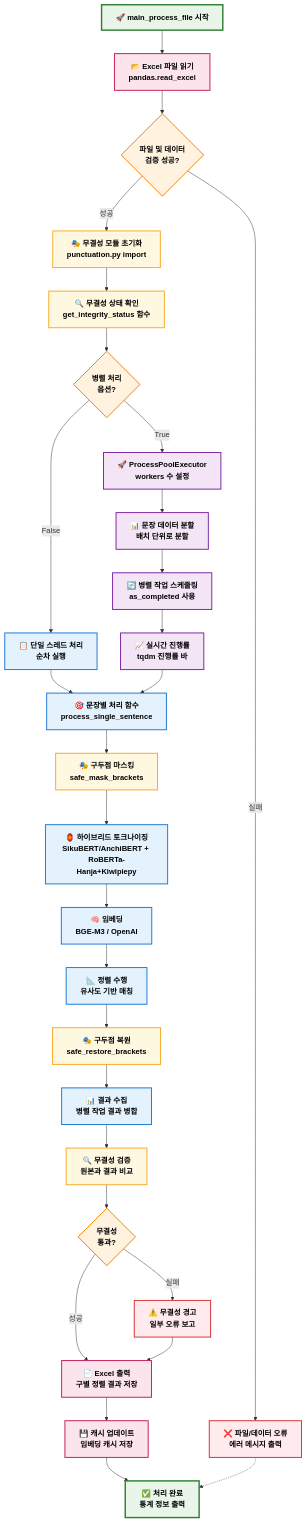
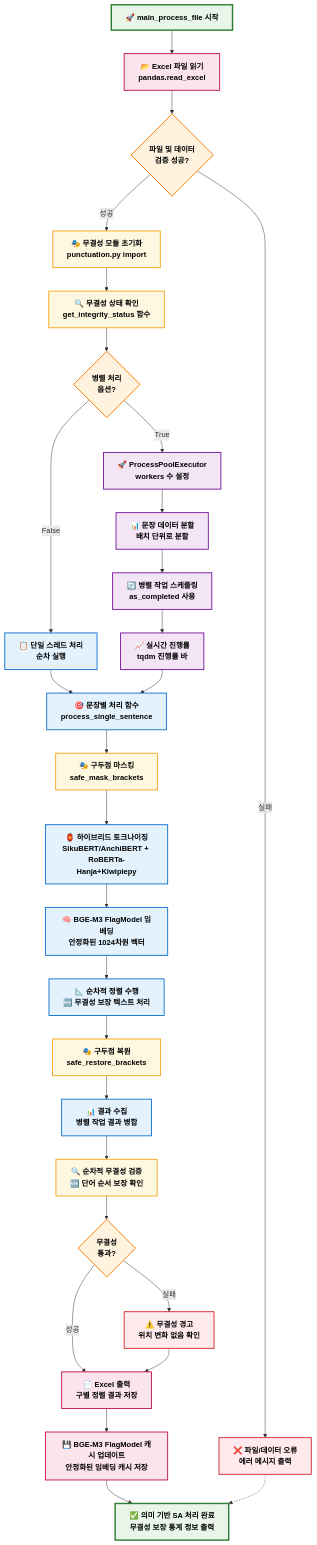
The third of 8 diagrams in etc/SA_디렉토리_플로우차트.md (hw725/CSP), drawn with Mermaid before and after one commit. The commit also changed other lines of this file and 439 other files, not shown here.

````diff
--- a/etc/SA_디렉토리_플로우차트.md
+++ b/etc/SA_디렉토리_플로우차트.md
@@ -152,81 +153,81 @@
 ```mermaid
 flowchart TD
     %% 스타일 정의
     classDef startEnd fill:#e8f5e8,stroke:#2e7d32,stroke-width:3px,color:#000,font-weight:bold
     classDef process fill:#e3f2fd,stroke:#1976d2,stroke-width:2px,color:#000,font-weight:bold
     classDef decision fill:#fff3e0,stroke:#f57c00,stroke-width:2px,color:#000,font-weight:bold
     classDef parallel fill:#f3e5f5,stroke:#7b1fa2,stroke-width:2px,color:#000,font-weight:bold
     classDef integrity fill:#fff8e1,stroke:#f9a825,stroke-width:2px,color:#000,font-weight:bold
     classDef data fill:#fce4ec,stroke:#c2185b,stroke-width:2px,color:#000,font-weight:bold
     classDef error fill:#ffebee,stroke:#d32f2f,stroke-width:2px,color:#000,font-weight:bold
     
     A[🚀 main_process_file 시작]:::startEnd
     
     %% 입력 검증
     B[📂 Excel 파일 읽기<br/>pandas.read_excel]:::data
     C{파일 및 데이터<br/>검증 성공?}:::decision
     D[❌ 파일/데이터 오류<br/>에러 메시지 출력]:::error
     
     %% 무결성 모듈 초기화
     E[🎭 무결성 모듈 초기화<br/>punctuation.py import]:::integrity
     F[🔍 무결성 상태 확인<br/>get_integrity_status 함수]:::integrity
     
     %% 병렬 처리 설정
     G{병렬 처리<br/>옵션?}:::decision
     H[🚀 ProcessPoolExecutor<br/>workers 수 설정]:::parallel
     I[📋 단일 스레드 처리<br/>순차 실행]:::process
     
     %% 문장별 처리 (병렬)
     J[📊 문장 데이터 분할<br/>배치 단위로 분할]:::parallel
     K[🔄 병렬 작업 스케줄링<br/>as_completed 사용]:::parallel
     L[📈 실시간 진행률<br/>tqdm 진행률 바]:::parallel
     
     %% 개별 문장 처리
     M[🎯 문장별 처리 함수<br/>process_single_sentence]:::process
     N[🎭 구두점 마스킹<br/>safe_mask_brackets]:::integrity
     O[🏮 하이브리드 토크나이징<br/>SikuBERT/AnchiBERT + RoBERTa-Hanja+Kiwipiepy]:::process
-    P[🧠 임베딩<br/>BGE-M3 / OpenAI]:::process
-    Q[📐 정렬 수행<br/>유사도 기반 매칭]:::process
+    P[🧠 BGE-M3 FlagModel 임베딩<br/>안정화된 1024차원 벡터]:::process
+    Q[📐 순차적 정렬 수행<br/>🆕 무결성 보장 텍스트 처리]:::process
     R[🎭 구두점 복원<br/>safe_restore_brackets]:::integrity
     
     %% 결과 수집 및 검증
     S[📊 결과 수집<br/>병렬 작업 결과 병합]:::process
-    T[🔍 무결성 검증<br/>원본과 결과 비교]:::integrity
+    T[🔍 순차적 무결성 검증<br/>🆕 단어 순서 보장 확인]:::integrity
     U{무결성<br/>통과?}:::decision
-    V[⚠️ 무결성 경고<br/>일부 오류 보고]:::error
+    V[⚠️ 무결성 경고<br/>위치 변화 없음 확인]:::error
     
     %% 최종 출력
     W[📄 Excel 출력<br/>구별 정렬 결과 저장]:::data
-    X[💾 캐시 업데이트<br/>임베딩 캐시 저장]:::data
-    Y[✅ 처리 완료<br/>통계 정보 출력]:::startEnd
+    X[💾 BGE-M3 FlagModel 캐시 업데이트<br/>안정화된 임베딩 캐시 저장]:::data
+    Y[✅ 의미 기반 SA 처리 완료<br/>무결성 보장 통계 정보 출력]:::startEnd
     
     A --> B
     B --> C
     C -->|실패| D
     C -->|성공| E
     E --> F
     F --> G
     G -->|True| H
     G -->|False| I
     H --> J
     I --> M
     J --> K
     K --> L
     L --> M
     
     M --> N
     N --> O
     O --> P
     P --> Q
     Q --> R
     R --> S
     S --> T
     T --> U
     U -->|실패| V
     U -->|성공| W
     V --> W
     W --> X
     X --> Y
     
     D -.-> Y
 ```
````
